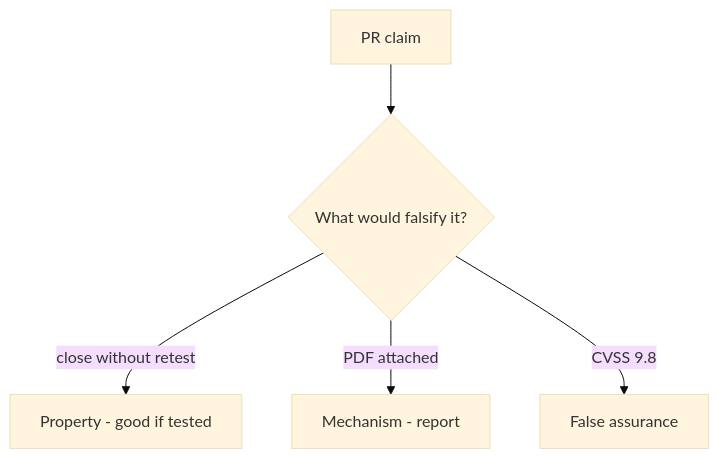
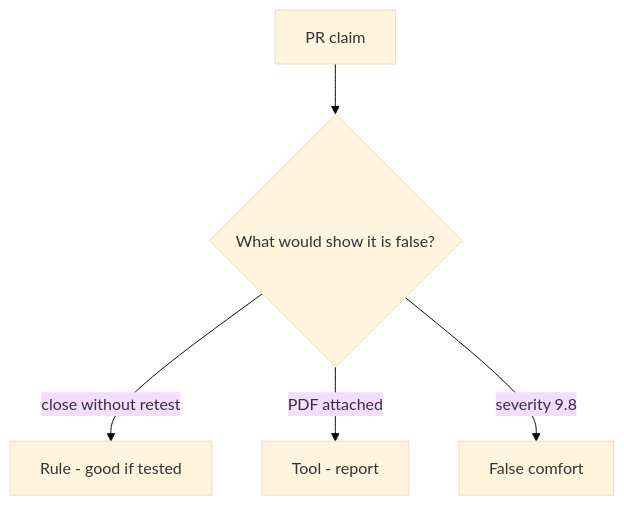
One commit to ishitvagoel/LearnSecurity changed the diagram in content/modules/9/9.5/lessons/08-review.md. Above: the diagram before and after it, drawn with Mermaid (base theme). The commit also changed other lines of this file and 39 other files, not shown here.

````diff
--- a/content/modules/9/9.5/lessons/08-review.md
+++ b/content/modules/9/9.5/lessons/08-review.md
@@ -17,7 +18,7 @@
 ```mermaid
 flowchart TD
-  Claim[PR claim] --> Q{"What would falsify it?"}
-  Q -->|close without retest| Property["Property - good if tested"]
-  Q -->|PDF attached| Mechanism[Mechanism - report]
-  Q -->|"CVSS 9.8"| False[False assurance]
+  Claim[PR claim] --> Q{"What would show it is false?"}
+  Q -->|close without retest| Property["Rule - good if tested"]
+  Q -->|PDF attached| Mechanism[Tool - report]
+  Q -->|"severity 9.8"| False[False comfort]
 ```
````
